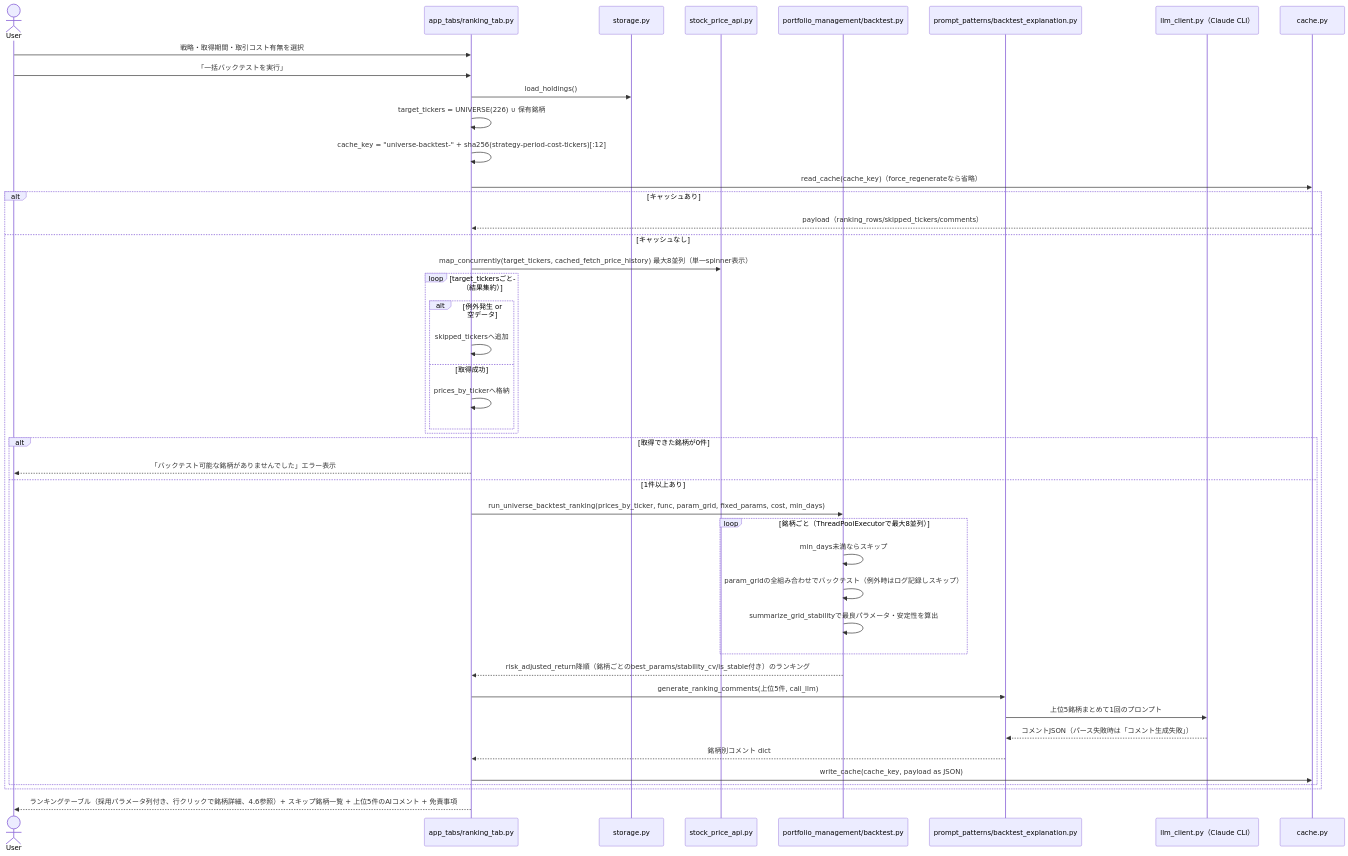
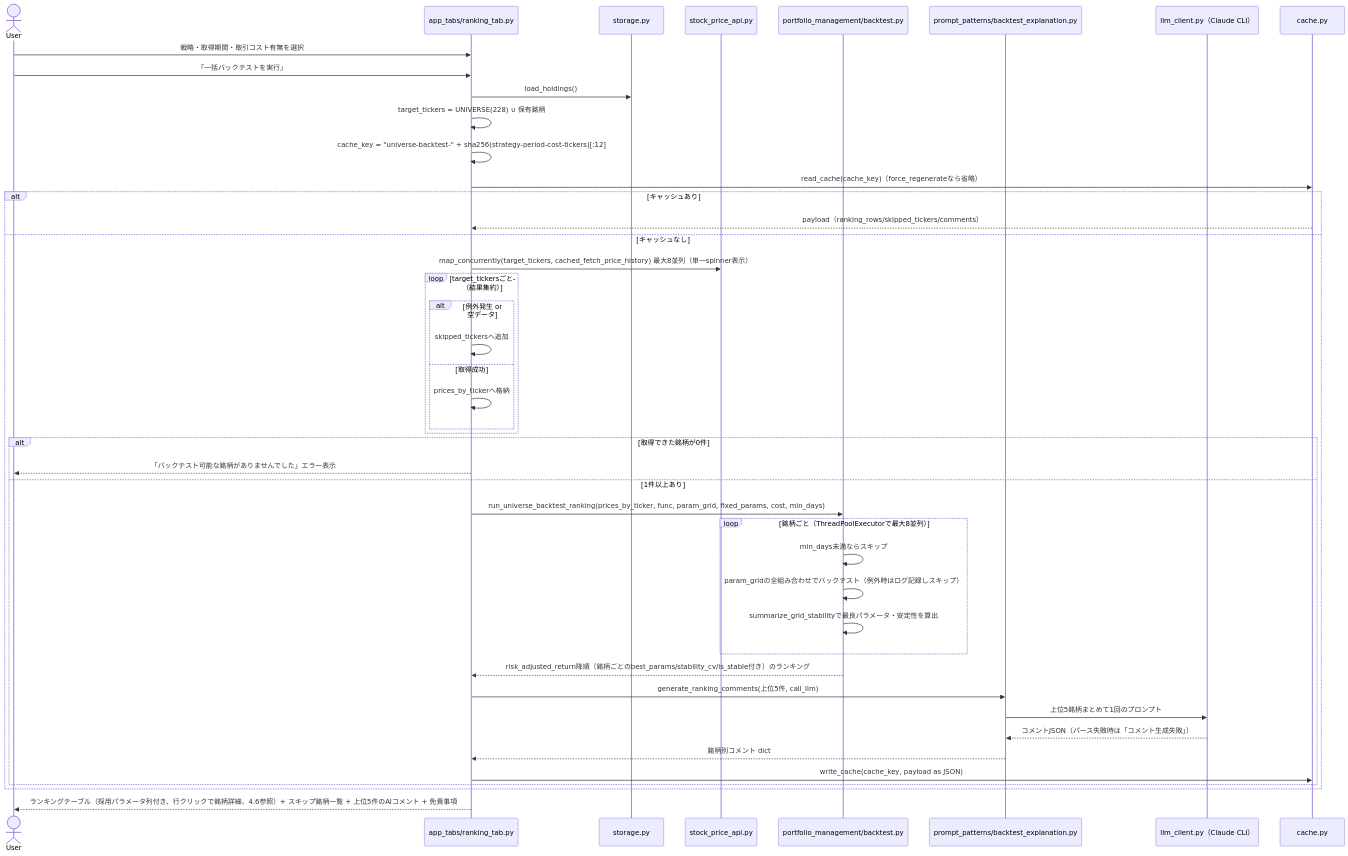
Before and after one commit to duwenji/ai-stock-investing-tutorial: the fifth of 10 diagrams in app/docs/app-design.md, drawn with Mermaid. The commit also changed other lines of this file, not shown here.

````diff
--- a/app/docs/app-design.md
+++ b/app/docs/app-design.md
@@ -544,47 +546,47 @@
 ```mermaid
 sequenceDiagram
     actor User
     participant UI as app_tabs/ranking_tab.py
     participant Storage as storage.py
     participant PriceAPI as stock_price_api.py
     participant Backtest as portfolio_management/backtest.py
     participant BacktestP as prompt_patterns/backtest_explanation.py
     participant LLM as llm_client.py（Claude CLI）
     participant Cache as cache.py
 
     User->>UI: 戦略・取得期間・取引コスト有無を選択
     User->>UI: 「一括バックテストを実行」
     UI->>Storage: load_holdings()
-    UI->>UI: target_tickers = UNIVERSE(226) ∪ 保有銘柄
+    UI->>UI: target_tickers = UNIVERSE(228) ∪ 保有銘柄
     UI->>UI: cache_key = "universe-backtest-" + sha256(strategy-period-cost-tickers)[:12]
     UI->>Cache: read_cache(cache_key)（force_regenerateなら省略）
     alt キャッシュあり
         Cache-->>UI: payload（ranking_rows/skipped_tickers/comments）
     else キャッシュなし
         UI->>PriceAPI: map_concurrently(target_tickers, cached_fetch_price_history) 最大8並列（単一spinner表示）
         loop target_tickersごと（結果集約）
             alt 例外発生 or 空データ
                 UI->>UI: skipped_tickersへ追加
             else 取得成功
                 UI->>UI: prices_by_tickerへ格納
             end
         end
         alt 取得できた銘柄が0件
             UI-->>User: 「バックテスト可能な銘柄がありませんでした」エラー表示
         else 1件以上あり
             UI->>Backtest: run_universe_backtest_ranking(prices_by_ticker, func, param_grid, fixed_params, cost, min_days)
             loop 銘柄ごと（ThreadPoolExecutorで最大8並列）
                 Backtest->>Backtest: min_days未満ならスキップ
                 Backtest->>Backtest: param_gridの全組み合わせでバックテスト（例外時はログ記録しスキップ）
                 Backtest->>Backtest: summarize_grid_stabilityで最良パラメータ・安定性を算出
             end
             Backtest-->>UI: risk_adjusted_return降順（銘柄ごとのbest_params/stability_cv/is_stable付き）のランキング
             UI->>BacktestP: generate_ranking_comments(上位5件, call_llm)
             BacktestP->>LLM: 上位5銘柄まとめて1回のプロンプト
             LLM-->>BacktestP: コメントJSON（パース失敗時は「コメント生成失敗」）
             BacktestP-->>UI: 銘柄別コメント dict
             UI->>Cache: write_cache(cache_key, payload as JSON)
         end
     end
     UI-->>User: ランキングテーブル（採用パラメータ列付き、行クリックで銘柄詳細、4.6参照）+ スキップ銘柄一覧 + 上位5件のAIコメント + 免責事項
 ```
````
